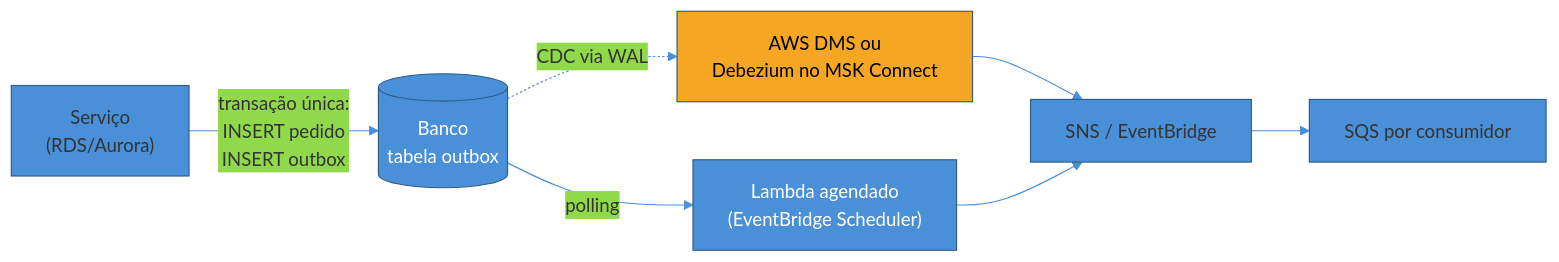
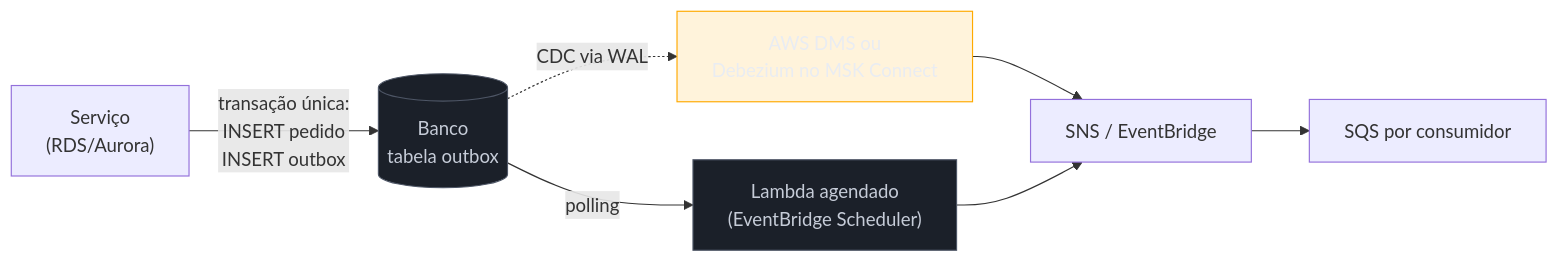
One commit to josenaldo/codex-technomanticus changed the second of 3 diagrams in 03-Dominios/Tecnologia/Cloud/13 - Mensageria e eventos gerenciados/05 - Padrões event-driven na cloud.md. Above: the diagram before and after it, drawn with Mermaid. The commit also changed other lines of this file and 1181 other files, not shown here.

First line of the commit message:
fix(diagramas): paleta do sistema no lugar de cor cravada no markdown

````diff
--- a/03-Dominios/Tecnologia/Cloud/13 - Mensageria e eventos gerenciados/05 - Padrões event-driven na cloud.md
+++ b/03-Dominios/Tecnologia/Cloud/13 - Mensageria e eventos gerenciados/05 - Padrões event-driven na cloud.md
@@ -128,17 +130,18 @@
 ```mermaid
-%%{init: {"theme": "base", "themeVariables": {"primaryColor": "#4A90D9", "primaryBorderColor": "#2E5C8A", "lineColor": "#4A90D9"}}}%%
 flowchart LR
+    classDef neutro fill:#1B2029,stroke:#4E5666,color:#C6CCD8
+    classDef destaque fill:#FFAA0024,stroke:#FFAA00,color:#E9ECF2
     APP["Serviço<br/>(RDS/Aurora)"] -->|"transação única:<br/>INSERT pedido<br/>INSERT outbox"| DB[("Banco<br/>tabela outbox")]
 
     DB -.->|"CDC via WAL"| DMS["AWS DMS ou<br/>Debezium no MSK Connect"]
     DB -->|"polling"| LAMBDA["Lambda agendado<br/>(EventBridge Scheduler)"]
 
     DMS --> SNS["SNS / EventBridge"]
     LAMBDA --> SNS
 
     SNS --> Q["SQS por consumidor"]
 
-    style DB fill:#4A90D9,color:#fff
-    style DMS fill:#F5A623,color:#000
-    style LAMBDA fill:#4A90D9,color:#fff
+    class DB neutro
+    class DMS destaque
+    class LAMBDA neutro
 ```
````
